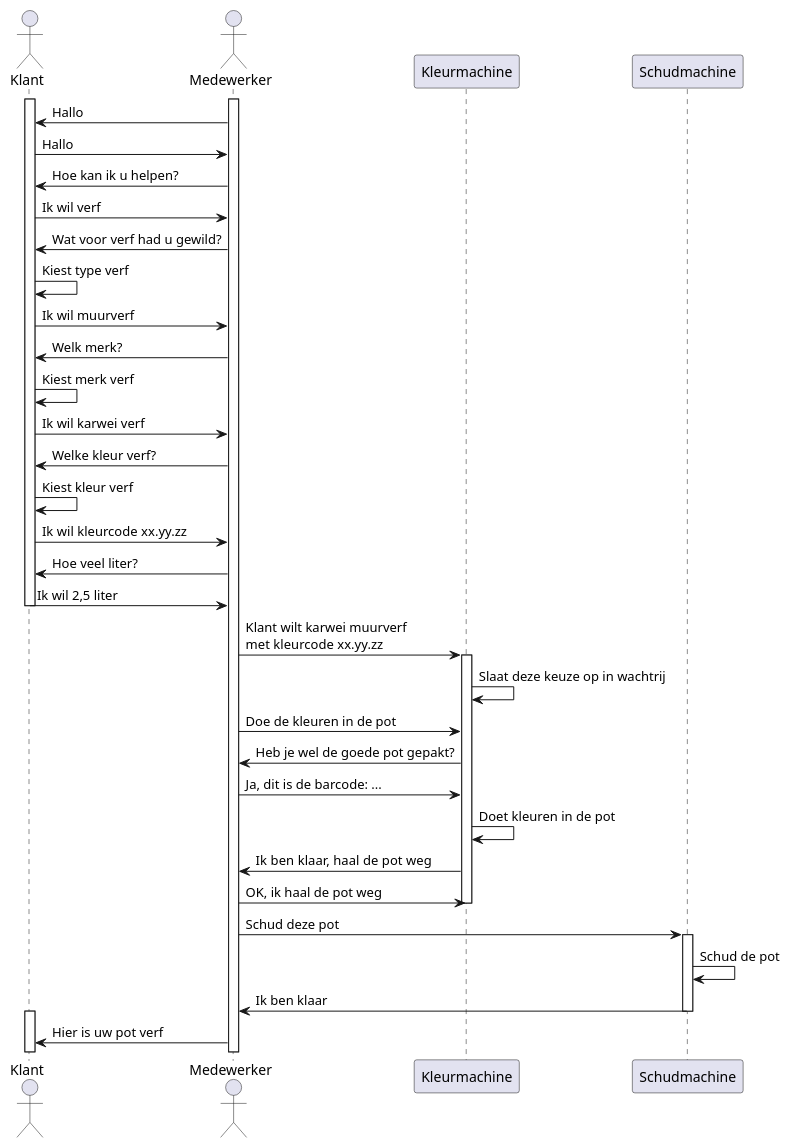
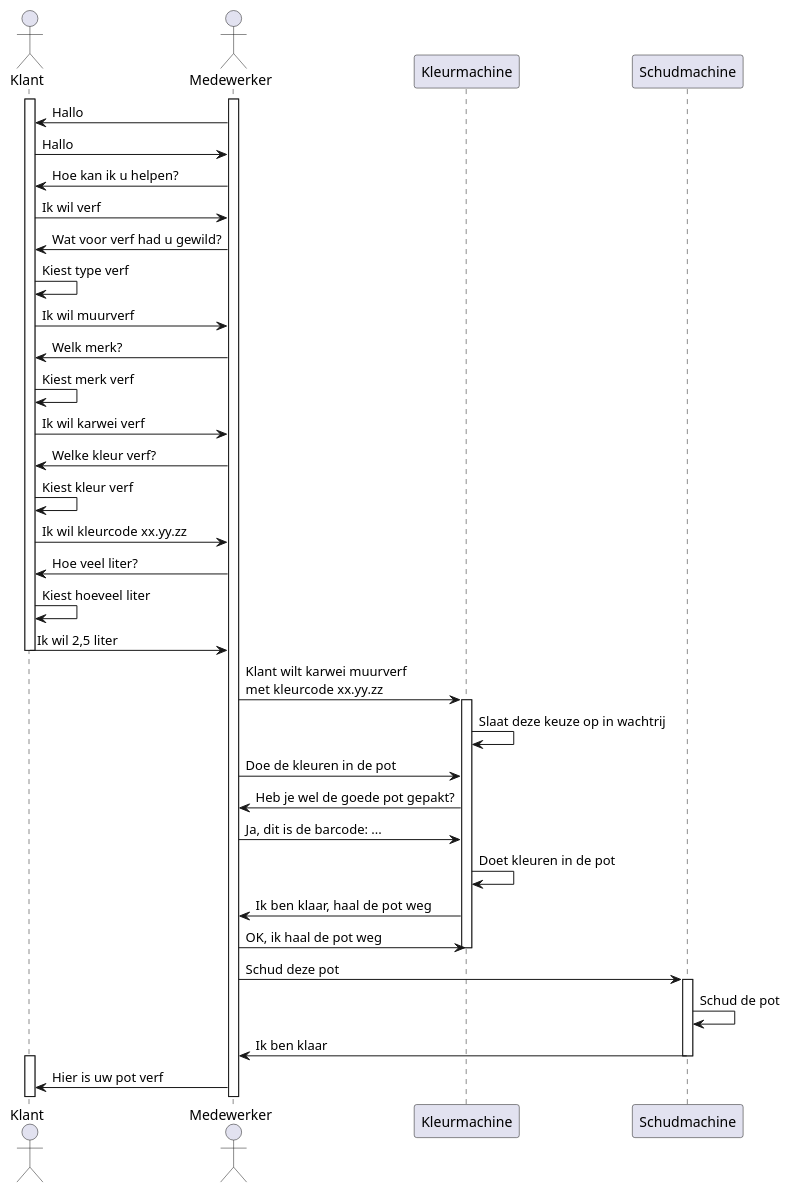
One commit to RickValkSaxion/Virtual_PLC_project changed the diagram in MDBook/src/sequence_diagram.md. Above: the diagram before and after it, drawn with PlantUML.

Commit message:
Added choice for liter amount

````diff
--- a/MDBook/src/sequence_diagram.md
+++ b/MDBook/src/sequence_diagram.md
@@ -7,44 +7,45 @@
 ```plantuml
 @startuml
 actor Klant as klt
 actor Medewerker as kwm
 participant Kleurmachine as klm
 participant Schudmachine as sdm
 
 activate kwm
 activate klt
 kwm -> klt : Hallo
 klt -> kwm : Hallo
 kwm -> klt : Hoe kan ik u helpen?
 klt -> kwm : Ik wil verf
 kwm -> klt : Wat voor verf had u gewild?
 klt -> klt : Kiest type verf
 klt -> kwm : Ik wil muurverf
 kwm -> klt : Welk merk?
 klt -> klt : Kiest merk verf
 klt -> kwm : Ik wil karwei verf
 kwm -> klt : Welke kleur verf?
 klt -> klt : Kiest kleur verf
 klt -> kwm : Ik wil kleurcode xx.yy.zz
 kwm -> klt : Hoe veel liter?
+klt -> klt : Kiest hoeveel liter
 klt -> kwm : Ik wil 2,5 liter
 deactivate klt
 kwm -> klm : Klant wilt karwei muurverf \nmet kleurcode xx.yy.zz
 activate klm
 klm -> klm : Slaat deze keuze op in wachtrij
 kwm -> klm : Doe de kleuren in de pot
 klm -> kwm : Heb je wel de goede pot gepakt?
 kwm -> klm : Ja, dit is de barcode: ...
 klm -> klm : Doet kleuren in de pot
 klm -> kwm : Ik ben klaar, haal de pot weg
 kwm -> klm : OK, ik haal de pot weg
 deactivate klm
 kwm -> sdm : Schud deze pot
 activate sdm
 sdm -> sdm : Schud de pot
 sdm -> kwm : Ik ben klaar
 deactivate sdm
 activate klt
 kwm -> klt : Hier is uw pot verf
 @enduml
 ```
````
